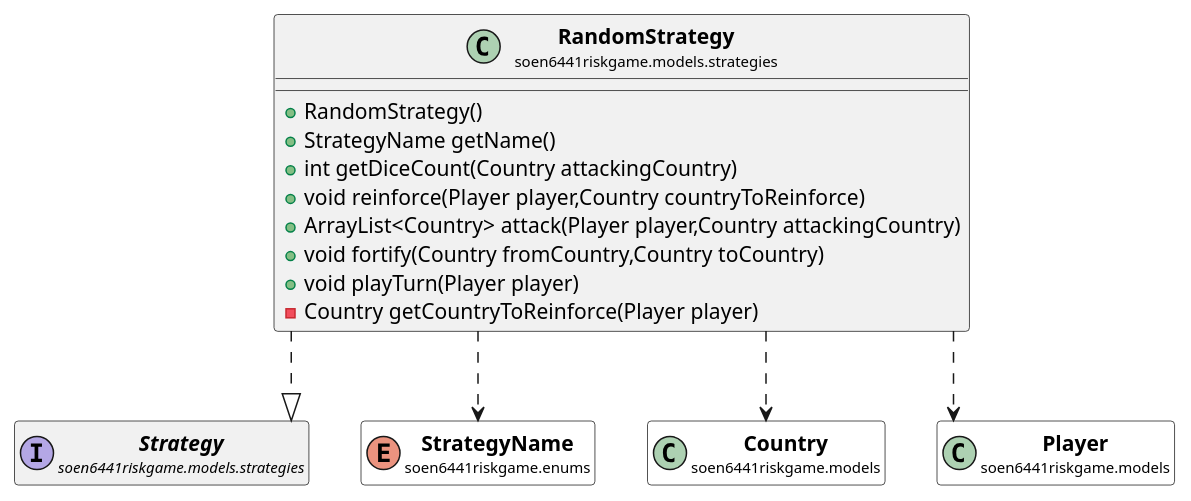
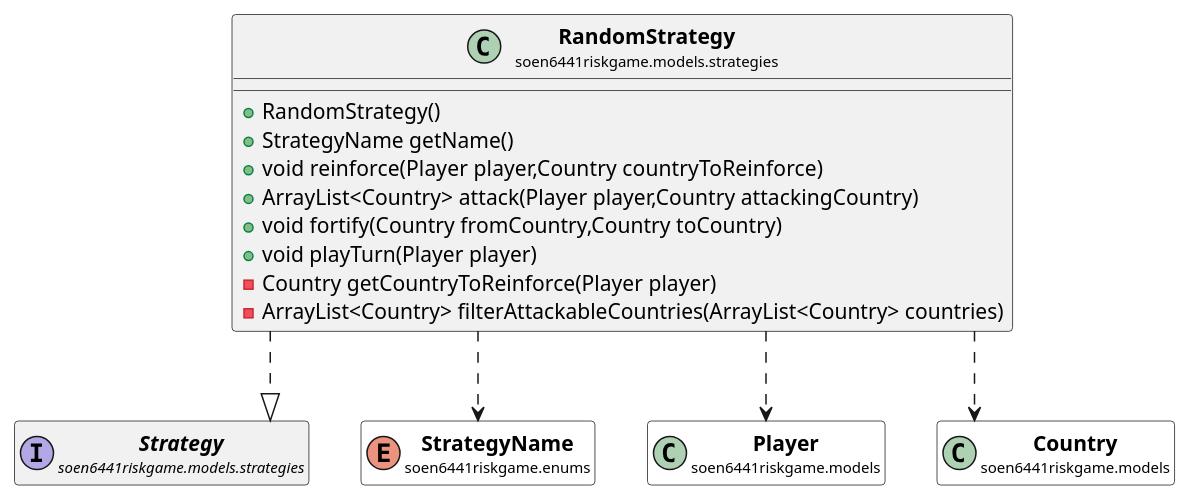
Before and after one commit to huntertran/soen6441-riskgame: the diagram in docs/javadocs/soen6441riskgame/models/strategies/RandomStrategy.puml, drawn with PlantUML. The commit also changed 184 other files, not shown here.

```diff
--- a/docs/javadocs/soen6441riskgame/models/strategies/RandomStrategy.puml
+++ b/docs/javadocs/soen6441riskgame/models/strategies/RandomStrategy.puml
@@ -1,52 +1,52 @@
 @startuml
 
 skinparam svgLinkTarget _parent
 skinparam linetype ortho
 set namespaceSeparator none
 class "<b><size:14>RandomStrategy</b>\n<size:10>soen6441riskgame.models.strategies" as soen6441riskgame.models.strategies.RandomStrategy  [[../../../soen6441riskgame/models/strategies/RandomStrategy.html{soen6441riskgame.models.strategies.RandomStrategy}]] {
 +RandomStrategy()
 +StrategyName getName()
-+int getDiceCount(Country attackingCountry)
 +void reinforce(Player player,Country countryToReinforce)
 +ArrayList<Country> attack(Player player,Country attackingCountry)
 +void fortify(Country fromCountry,Country toCountry)
 +void playTurn(Player player)
 -Country getCountryToReinforce(Player player)
+-ArrayList<Country> filterAttackableCountries(ArrayList<Country> countries)
 }
 
 
 interface "<b><size:14>Strategy</b>\n<size:10>soen6441riskgame.models.strategies" as soen6441riskgame.models.strategies.Strategy  [[../../../soen6441riskgame/models/strategies/Strategy.html{soen6441riskgame.models.strategies.Strategy}]] {
 }
 
 hide soen6441riskgame.models.strategies.Strategy fields
 hide soen6441riskgame.models.strategies.Strategy methods
 
 soen6441riskgame.models.strategies.RandomStrategy ..|> soen6441riskgame.models.strategies.Strategy
 
 enum "<b><size:14>StrategyName</b>\n<size:10>soen6441riskgame.enums" as soen6441riskgame.enums.StrategyName  [[../../../soen6441riskgame/enums/StrategyName.html{soen6441riskgame.enums.StrategyName}]] #white {
 }
 
 hide soen6441riskgame.enums.StrategyName fields
 hide soen6441riskgame.enums.StrategyName methods
 
 soen6441riskgame.models.strategies.RandomStrategy ..> soen6441riskgame.enums.StrategyName
 
+class "<b><size:14>Player</b>\n<size:10>soen6441riskgame.models" as soen6441riskgame.models.Player  [[../../../soen6441riskgame/models/Player.html{soen6441riskgame.models.Player}]] #white {
+}
+
+hide soen6441riskgame.models.Player fields
+hide soen6441riskgame.models.Player methods
+
+soen6441riskgame.models.strategies.RandomStrategy ..> soen6441riskgame.models.Player
+
 class "<b><size:14>Country</b>\n<size:10>soen6441riskgame.models" as soen6441riskgame.models.Country  [[../../../soen6441riskgame/models/Country.html{soen6441riskgame.models.Country}]] #white {
 }
 
 hide soen6441riskgame.models.Country fields
 hide soen6441riskgame.models.Country methods
 
 soen6441riskgame.models.strategies.RandomStrategy ..> soen6441riskgame.models.Country
 
-class "<b><size:14>Player</b>\n<size:10>soen6441riskgame.models" as soen6441riskgame.models.Player  [[../../../soen6441riskgame/models/Player.html{soen6441riskgame.models.Player}]] #white {
-}
-
-hide soen6441riskgame.models.Player fields
-hide soen6441riskgame.models.Player methods
-
-soen6441riskgame.models.strategies.RandomStrategy ..> soen6441riskgame.models.Player
-
 
 
 @enduml
```
